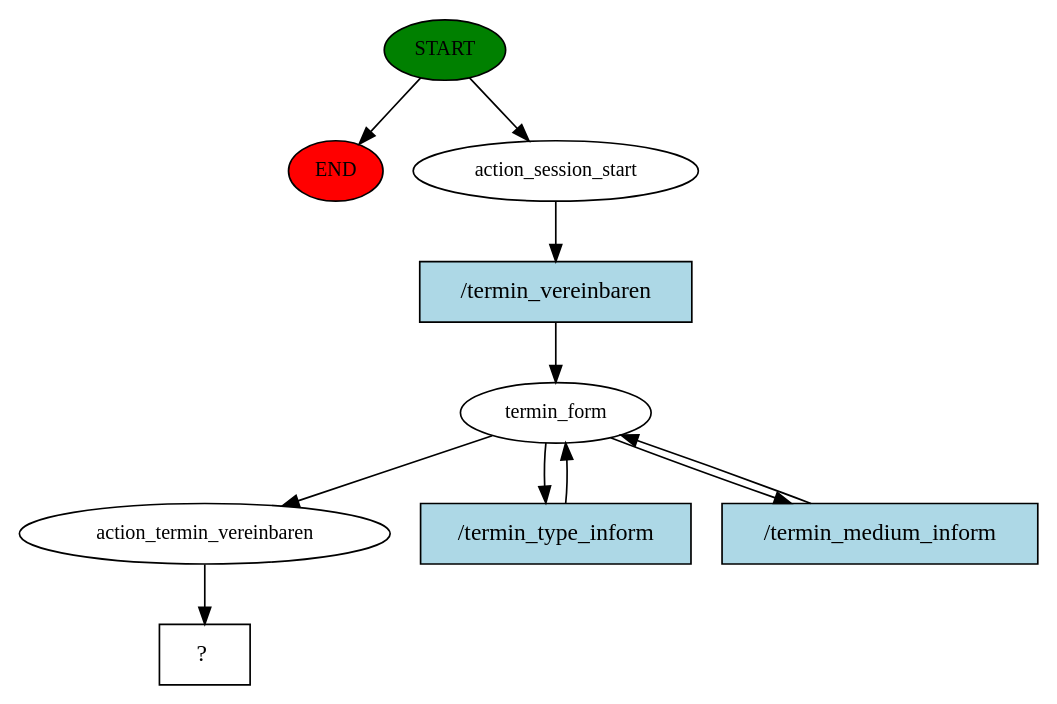
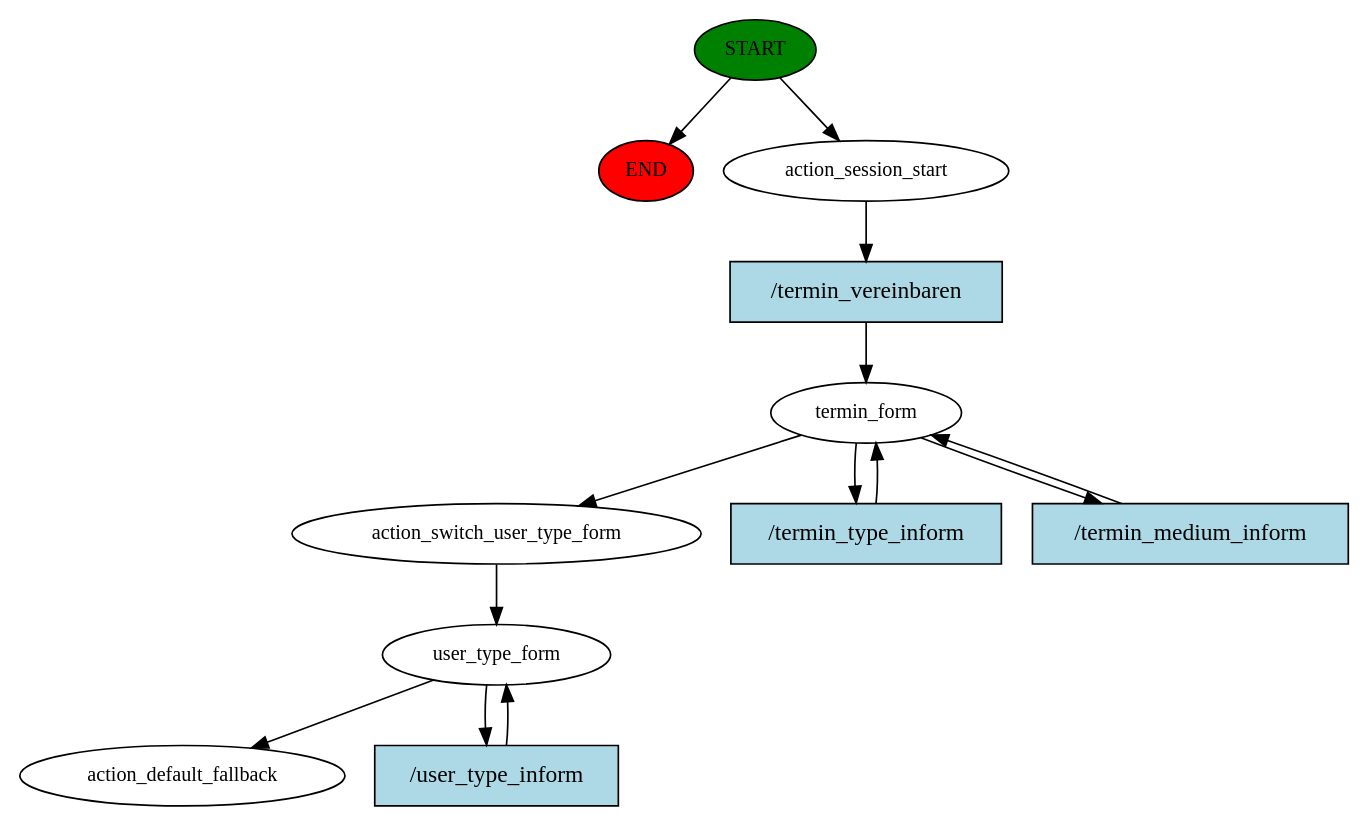
Before and after one commit to normanboettcher/BotPilot: the diagram in bot-pilot-chat/backend/rasa-actions/story_graph.dot, drawn with Graphviz. The commit also changed 13 other files, not shown here.

Commit message:
Added - action to switch to user_type_form

```diff
--- a/bot-pilot-chat/backend/rasa-actions/story_graph.dot
+++ b/bot-pilot-chat/backend/rasa-actions/story_graph.dot
@@ -1,21 +1,26 @@
 digraph  {
 0 [class="start active", fillcolor=green, fontsize=12, label=START, style=filled];
 "-1" [class=end, fillcolor=red, fontsize=12, label=END, style=filled];
 1 [class=active, fontsize=12, label=action_session_start];
 2 [class=active, fontsize=12, label=termin_form];
-6 [class=active, fontsize=12, label=action_termin_vereinbaren];
-7 [class="intent dashed active", label="  ?  ", shape=rect];
-8 [class="intent active", fillcolor=lightblue, label="/termin_vereinbaren", shape=rect, style=filled];
-9 [class="intent active", fillcolor=lightblue, label="/termin_type_inform", shape=rect, style=filled];
-10 [class="intent active", fillcolor=lightblue, label="/termin_medium_inform", shape=rect, style=filled];
+5 [class=active, fontsize=12, label=action_switch_user_type_form];
+6 [class=active, fontsize=12, label=user_type_form];
+8 [class="dashed active", fontsize=12, label=action_default_fallback];
+9 [class="intent active", fillcolor=lightblue, label="/termin_vereinbaren", shape=rect, style=filled];
+10 [class="intent active", fillcolor=lightblue, label="/termin_type_inform", shape=rect, style=filled];
+11 [class="intent active", fillcolor=lightblue, label="/termin_medium_inform", shape=rect, style=filled];
+12 [class="intent active", fillcolor=lightblue, label="/user_type_inform", shape=rect, style=filled];
 0 -> "-1"  [class="", key=NONE, label=""];
 0 -> 1  [class=active, key=NONE, label=""];
-1 -> 8  [class=active, key=0];
-2 -> 6  [class=active, key=NONE, label=""];
-2 -> 9  [class=active, key=0];
+1 -> 9  [class=active, key=0];
+2 -> 5  [class=active, key=NONE, label=""];
 2 -> 10  [class=active, key=0];
-6 -> 7  [class=active, key=NONE, label=""];
-8 -> 2  [class=active, key=0];
+2 -> 11  [class=active, key=0];
+5 -> 6  [class=active, key=NONE, label=""];
+6 -> 8  [class=active, key=NONE, label=""];
+6 -> 12  [class=active, key=0];
 9 -> 2  [class=active, key=0];
 10 -> 2  [class=active, key=0];
+11 -> 2  [class=active, key=0];
+12 -> 6  [class=active, key=0];
 }
```
